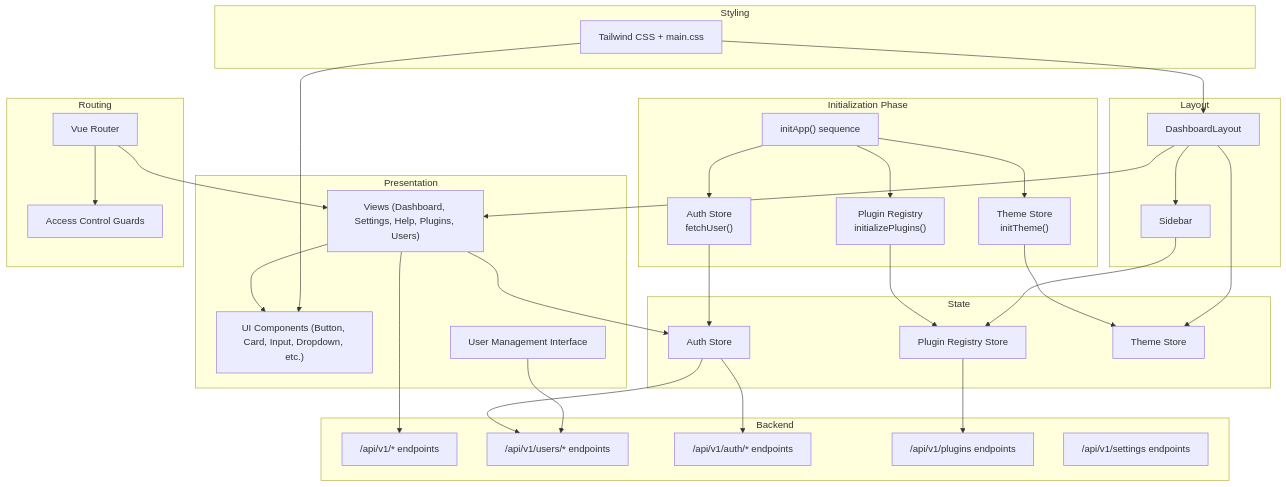
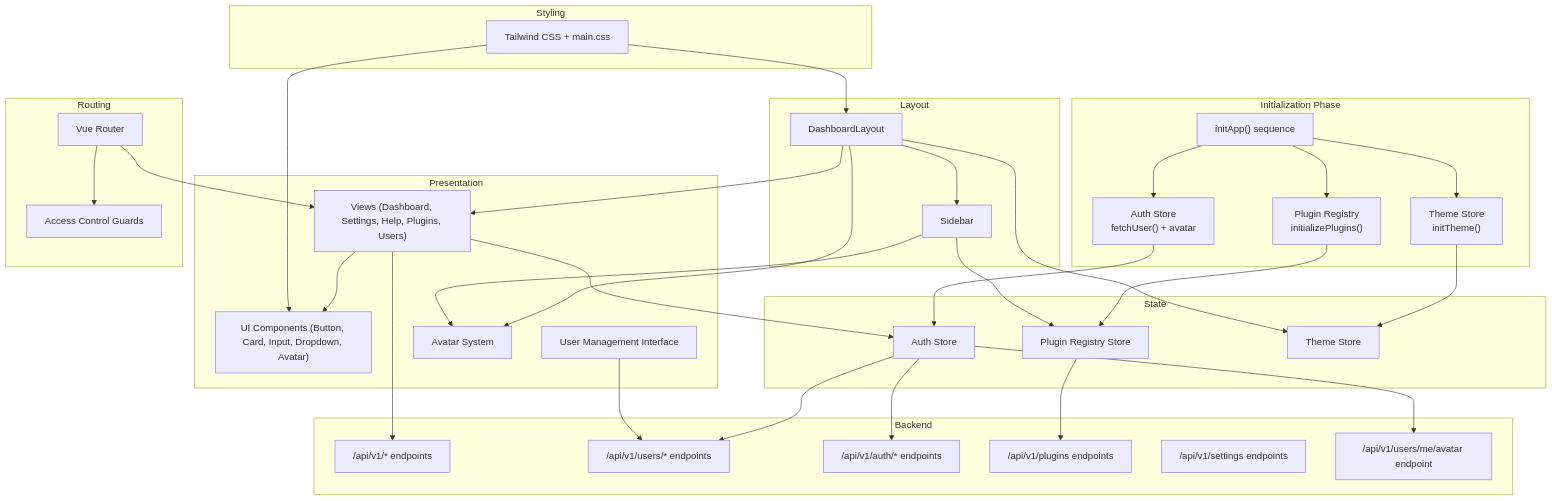
The third of 15 diagrams in .qoder/repowiki/en/content/Frontend Architecture/Frontend Architecture.md (Nikita5543/New-SSO-02), drawn with Mermaid before and after one commit. The commit also changed other lines of this file and 4 other files, not shown here.

Commit message:
commit-repo-wiki-user-avatar

````diff
--- a/.qoder/repowiki/en/content/Frontend Architecture/Frontend Architecture.md
+++ b/.qoder/repowiki/en/content/Frontend Architecture/Frontend Architecture.md
@@ -211,58 +223,63 @@
 ```mermaid
 graph TB
 subgraph "Initialization Phase"
 INIT["initApp() sequence"]
 THEME["Theme Store<br/>initTheme()"]
-AUTH["Auth Store<br/>fetchUser()"]
+AUTH["Auth Store<br/>fetchUser() + avatar"]
 REG["Plugin Registry<br/>initializePlugins()"]
 end
 subgraph "Presentation"
 VIEWS["Views (Dashboard, Settings, Help, Plugins, Users)"]
-UI["UI Components (Button, Card, Input, Dropdown, etc.)"]
+UI["UI Components (Button, Card, Input, Dropdown, Avatar)"]
 UM["User Management Interface"]
+AV["Avatar System"]
 end
 subgraph "Layout"
 DL["DashboardLayout"]
 SB["Sidebar"]
 end
 subgraph "State"
 AUTHSTORE["Auth Store"]
 REGSTORE["Plugin Registry Store"]
 THEMESTORE["Theme Store"]
 end
 subgraph "Routing"
 ROUTER["Vue Router"]
 GUARDS["Access Control Guards"]
 end
 subgraph "Styling"
 CSS["Tailwind CSS + main.css"]
 end
 subgraph "Backend"
 API["/api/v1/* endpoints"]
 USERSAPI["/api/v1/users/* endpoints"]
 ENDPOINTS["/api/v1/auth/* endpoints"]
 ENDPOINTS2["/api/v1/plugins endpoints"]
 ENDPOINTS3["/api/v1/settings endpoints"]
+AVAPI["/api/v1/users/me/avatar endpoint"]
 end
 INIT --> THEME
 INIT --> AUTH
 INIT --> REG
 THEME --> THEMESTORE
 AUTH --> AUTHSTORE
 REG --> REGSTORE
 DL --> SB
 DL --> VIEWS
 VIEWS --> UI
 VIEWS --> AUTHSTORE
 SB --> REGSTORE
 DL --> THEMESTORE
+DL --> AV
+SB --> AV
 ROUTER --> VIEWS
 ROUTER --> GUARDS
 VIEWS --> API
 AUTHSTORE --> ENDPOINTS
 AUTHSTORE --> USERSAPI
+AUTHSTORE --> AVAPI
 REGSTORE --> ENDPOINTS2
 UM --> USERSAPI
 CSS --> UI
 CSS --> DL
 ```
````
